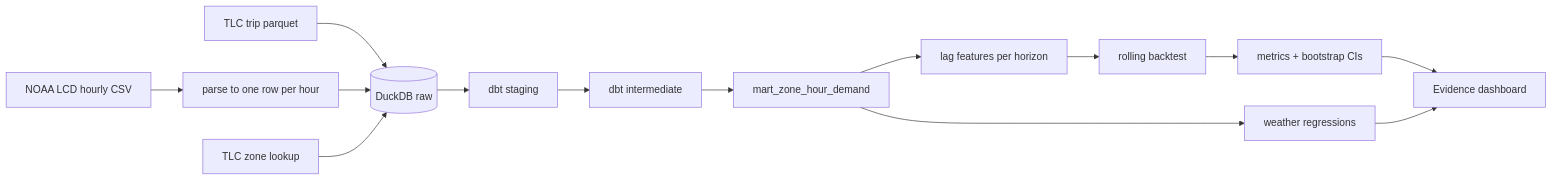
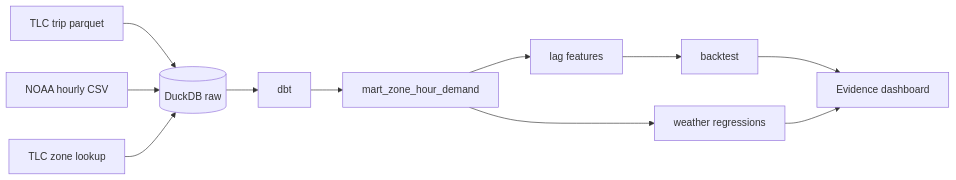
The diagram in README.md (pratri/nyc-taxi-demand-forecasting), drawn with Mermaid before and after one commit. The commit also changed other lines of this file, not shown here.

````diff
--- a/README.md
+++ b/README.md
@@ -59,10 +57,10 @@
 ```mermaid
 flowchart LR
     A[TLC trip parquet] --> D[(DuckDB raw)]
-    B[NOAA LCD hourly CSV] --> P[parse to one row per hour] --> D
+    B[NOAA hourly CSV] --> D
     C[TLC zone lookup] --> D
-    D --> S[dbt staging] --> I[dbt intermediate] --> M[mart_zone_hour_demand]
-    M --> F[lag features per horizon] --> BT[rolling backtest]
-    BT --> R[metrics + bootstrap CIs] --> E[Evidence dashboard]
+    D --> S[dbt] --> M[mart_zone_hour_demand]
+    M --> F[lag features] --> BT[backtest]
+    BT --> E[Evidence dashboard]
     M --> W[weather regressions] --> E
 ```
````
